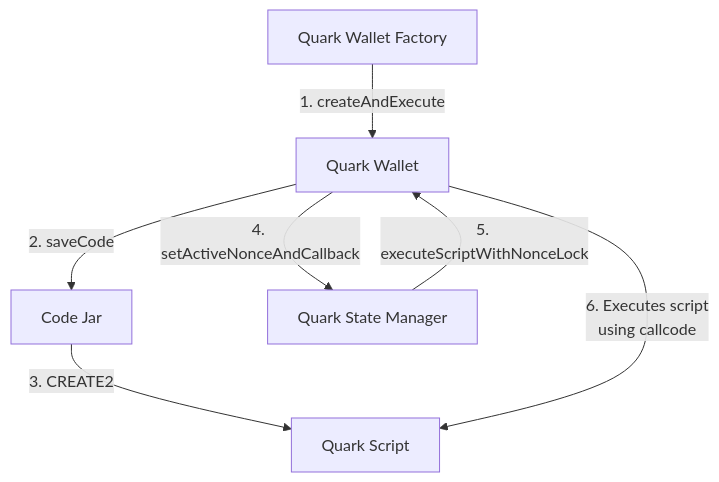
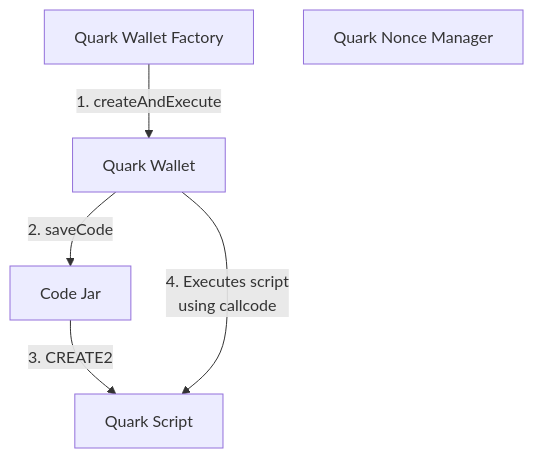
The diagram in README.md (compound-finance/quark), drawn with Mermaid before and after one commit. The commit also changed other lines of this file and 99 other files, not shown here.

````diff
--- a/README.md
+++ b/README.md
@@ -41,15 +41,13 @@
 ```mermaid
 flowchart TB
     factory[Quark Wallet Factory]
     wallet[Quark Wallet]
     jar[Code Jar]
     script[Quark Script]
-    state[Quark State Manager]
+    state[Quark Nonce Manager]
 
     factory -- 1. createAndExecute --> wallet
     wallet -- 2. saveCode --> jar
     jar -- 3. CREATE2  --> script
-    wallet -- 4. setActiveNonceAndCallback --> state
-    state -- 5. executeScriptWithNonceLock --> wallet
-    wallet -- 6. Executes script\nusing callcode --> script
+    wallet -- 4. Executes script\nusing callcode --> script
 ```
````
